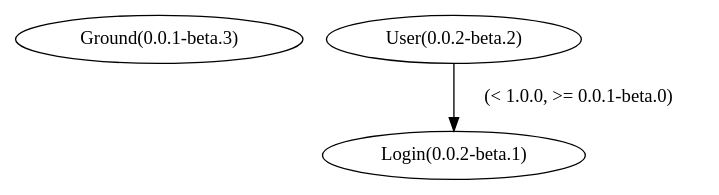
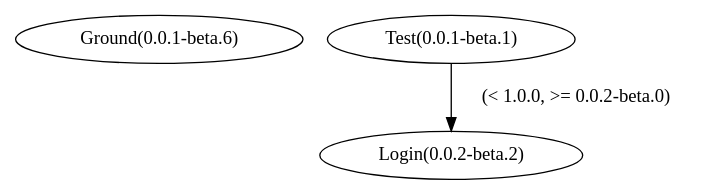
The diagram in axe/dependency.dot (axe-org/demo-app), drawn with Graphviz before and after one commit. The commit also changed 4 other files, not shown here.

Commit message:
axe 自动接入模块 ：  Login : 新模块，版本号为 0.0.2  Test : 新模块，版本号为 0.0.1

```diff
--- a/axe/dependency.dot
+++ b/axe/dependency.dot
@@ -1,6 +1,6 @@
 digraph G {
-  "Ground(0.0.1-beta.3)";
-  "Login(0.0.2-beta.1)";
-  "User(0.0.2-beta.2)";
-  "User(0.0.2-beta.2)" -> "Login(0.0.2-beta.1)" [ label = "(< 1.0.0, >= 0.0.1-beta.0)" ];
+  "Ground(0.0.1-beta.6)";
+  "Login(0.0.2-beta.2)";
+  "Test(0.0.1-beta.1)";
+  "Test(0.0.1-beta.1)" -> "Login(0.0.2-beta.2)" [ label = "(< 1.0.0, >= 0.0.2-beta.0)" ];
 }
```
